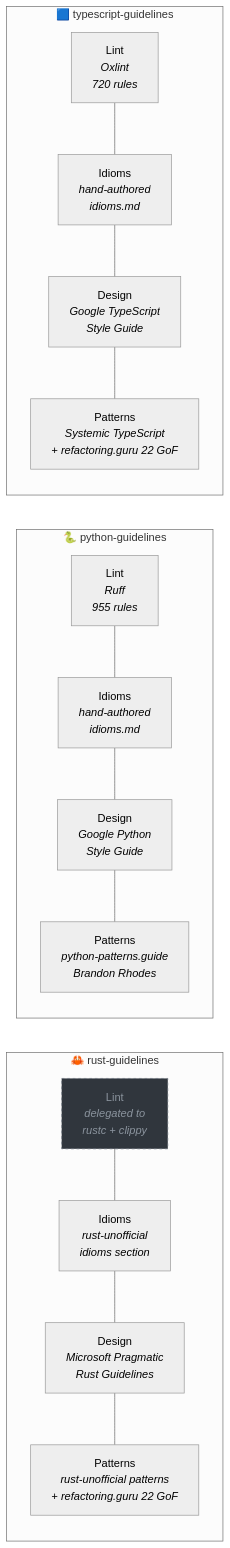
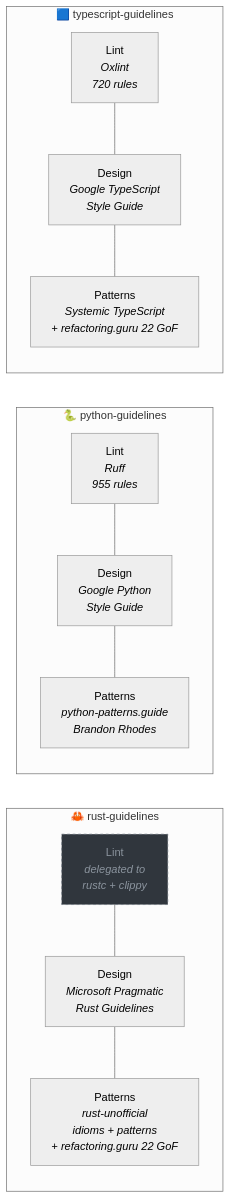
One commit to youssef-tharwat/lang-guidelines changed the second of 2 diagrams in README.md. Above: the diagram before and after it, drawn with Mermaid (neutral theme). The commit also changed other lines of this file and 6 other files, not shown here.

````diff
--- a/README.md
+++ b/README.md
@@ -53,31 +52,28 @@
 ```mermaid
 flowchart LR
     subgraph Rust["🦀 rust-guidelines"]
         direction TB
         R_L1[Lint<br/><i>delegated to<br/>rustc + clippy</i>]:::delegate
-        R_L2[Idioms<br/><i>rust-unofficial<br/>idioms section</i>]
-        R_L3[Design<br/><i>Microsoft Pragmatic<br/>Rust Guidelines</i>]
-        R_L4[Patterns<br/><i>rust-unofficial patterns<br/>+ refactoring.guru 22 GoF</i>]
-        R_L1 --- R_L2 --- R_L3 --- R_L4
+        R_L2[Design<br/><i>Microsoft Pragmatic<br/>Rust Guidelines</i>]
+        R_L3[Patterns<br/><i>rust-unofficial<br/>idioms + patterns<br/>+ refactoring.guru 22 GoF</i>]
+        R_L1 --- R_L2 --- R_L3
     end
 
     subgraph Python["🐍 python-guidelines"]
         direction TB
         P_L1[Lint<br/><i>Ruff<br/>955 rules</i>]
-        P_L2[Idioms<br/><i>hand-authored<br/>idioms.md</i>]
-        P_L3[Design<br/><i>Google Python<br/>Style Guide</i>]
-        P_L4[Patterns<br/><i>python-patterns.guide<br/>Brandon Rhodes</i>]
-        P_L1 --- P_L2 --- P_L3 --- P_L4
+        P_L2[Design<br/><i>Google Python<br/>Style Guide</i>]
+        P_L3[Patterns<br/><i>python-patterns.guide<br/>Brandon Rhodes</i>]
+        P_L1 --- P_L2 --- P_L3
     end
 
     subgraph TypeScript["🟦 typescript-guidelines"]
         direction TB
         T_L1[Lint<br/><i>Oxlint<br/>720 rules</i>]
-        T_L2[Idioms<br/><i>hand-authored<br/>idioms.md</i>]
-        T_L3[Design<br/><i>Google TypeScript<br/>Style Guide</i>]
-        T_L4[Patterns<br/><i>Systemic TypeScript<br/>+ refactoring.guru 22 GoF</i>]
-        T_L1 --- T_L2 --- T_L3 --- T_L4
+        T_L2[Design<br/><i>Google TypeScript<br/>Style Guide</i>]
+        T_L3[Patterns<br/><i>Systemic TypeScript<br/>+ refactoring.guru 22 GoF</i>]
+        T_L1 --- T_L2 --- T_L3
     end
 
     classDef delegate fill:#30363d,stroke:#6e7681,color:#8b949e,stroke-dasharray:4 4
 ```
````
